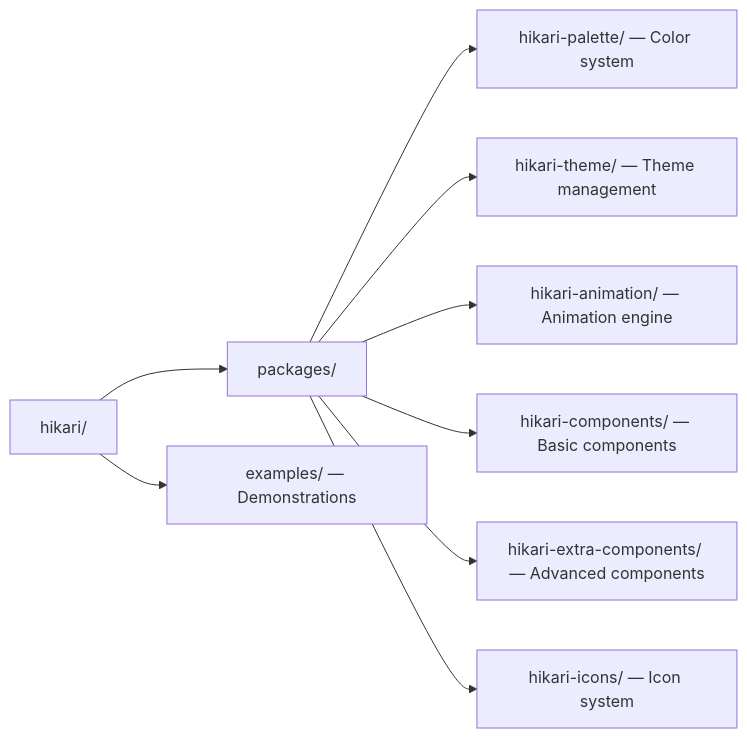
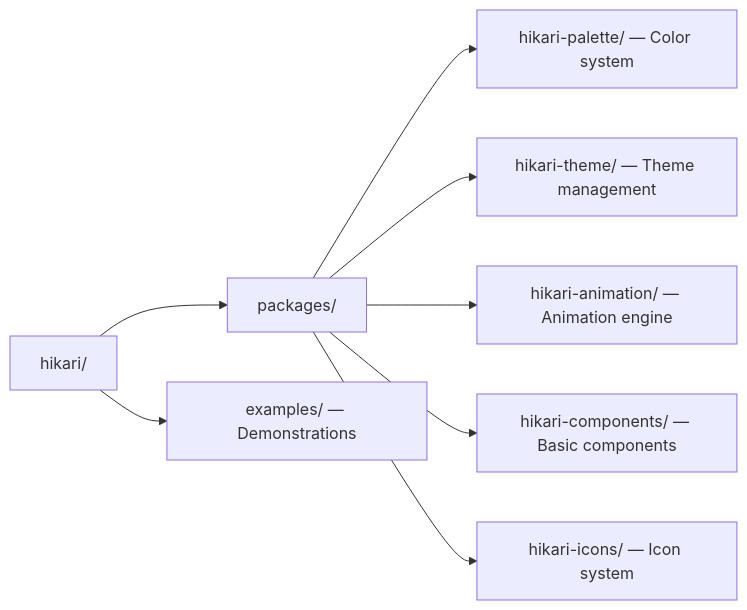
The first of 10 diagrams in docs/en/guides/ARCHITECTURE.md (celestia-island/hikari), drawn with Mermaid before and after one commit. The commit also changed other lines of this file and 87 other files, not shown here.

````diff
--- a/docs/en/guides/ARCHITECTURE.md
+++ b/docs/en/guides/ARCHITECTURE.md
@@ -23,12 +23,11 @@
 ```mermaid
 graph LR
   root["hikari/"]
   root --> packages["packages/"]
   root --> examples["examples/ — Demonstrations"]
   packages --> palette["hikari-palette/ — Color system"]
   packages --> theme["hikari-theme/ — Theme management"]
   packages --> animation["hikari-animation/ — Animation engine"]
   packages --> components["hikari-components/ — Basic components"]
-  packages --> extra["hikari-extra-components/ — Advanced components"]
   packages --> icons["hikari-icons/ — Icon system"]
 ```
````
